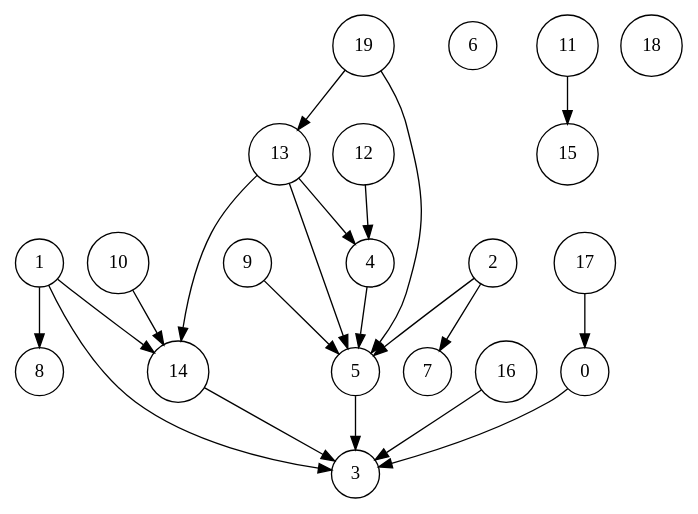
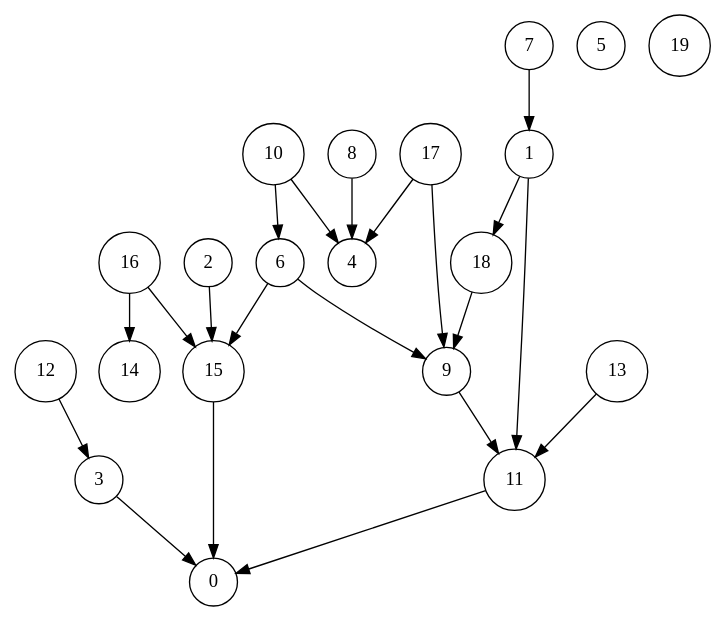
One commit to yongjinjiang/DirectedAcyclicGraph changed the diagram in fsm.gv. Above: the diagram before and after it, drawn with Graphviz. The commit also changed 4 other files, not shown here.

```diff
--- a/fsm.gv
+++ b/fsm.gv
@@ -1,68 +1,68 @@
 digraph finite_state_machine {
 	node [shape=circle]
 	0
 	1
 	2
 	3
 	4
 	5
 	6
 	7
 	8
 	9
 	10
 	11
 	12
 	13
 	14
 	15
 	16
 	17
 	18
 	19
 	{
 		rank=same
 	}
 	node [shape=circle]
 	0
 	1
 	2
 	3
 	4
 	5
 	6
 	7
 	8
 	9
 	10
 	11
 	12
 	13
 	14
 	15
 	16
 	17
 	18
 	19
 	node [shape=circle]
-	1 -> 3
-	13 -> 14
-	2 -> 5
-	12 -> 4
-	9 -> 5
-	1 -> 14
-	19 -> 5
-	14 -> 3
-	2 -> 7
-	16 -> 3
-	13 -> 4
-	10 -> 14
-	4 -> 5
-	0 -> 3
-	13 -> 5
-	19 -> 13
-	11 -> 15
-	1 -> 8
-	17 -> 0
-	5 -> 3
+	13 -> 11
+	6 -> 15
+	1 -> 11
+	15 -> 0
+	11 -> 0
+	16 -> 15
+	2 -> 15
+	3 -> 0
+	16 -> 14
+	10 -> 6
+	12 -> 3
+	6 -> 9
+	9 -> 11
+	7 -> 1
+	18 -> 9
+	10 -> 4
+	8 -> 4
+	17 -> 9
+	17 -> 4
+	1 -> 18
 }
```
